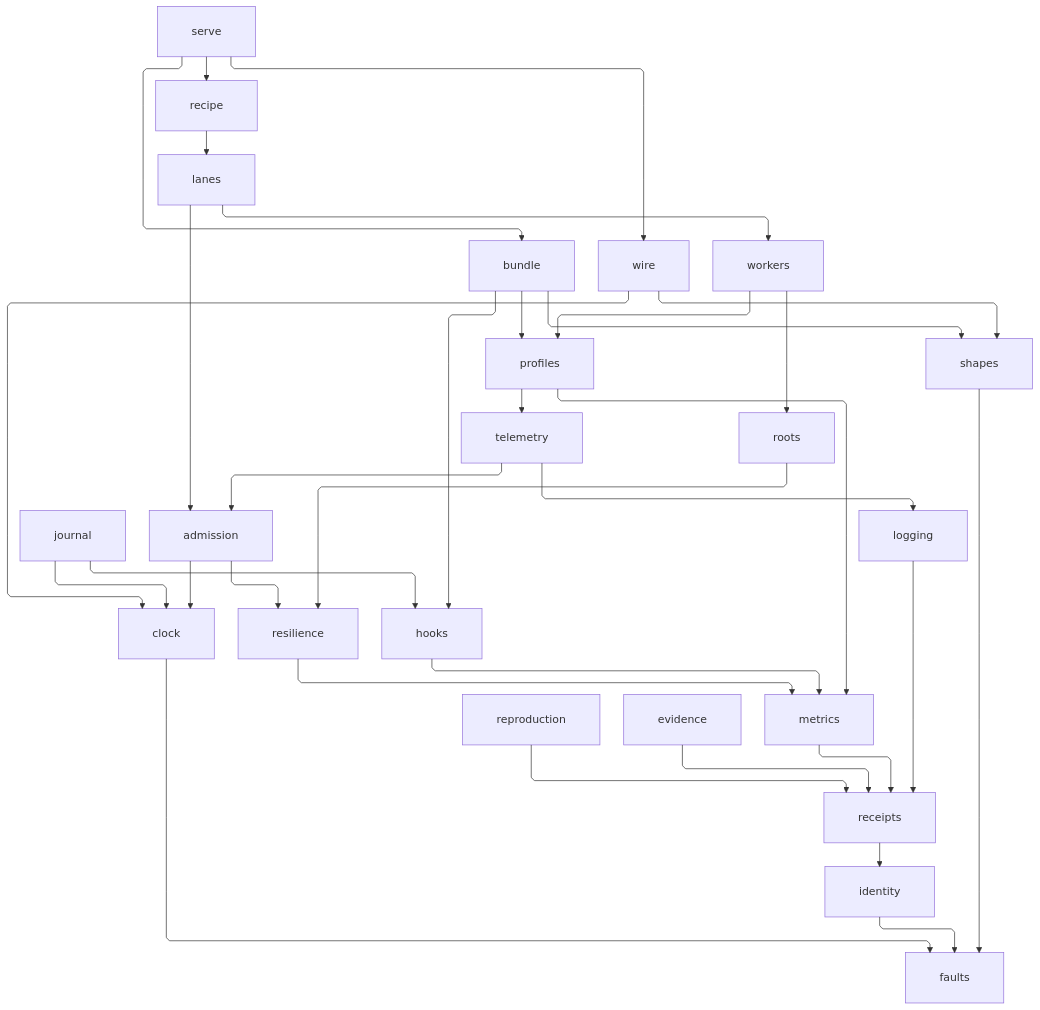
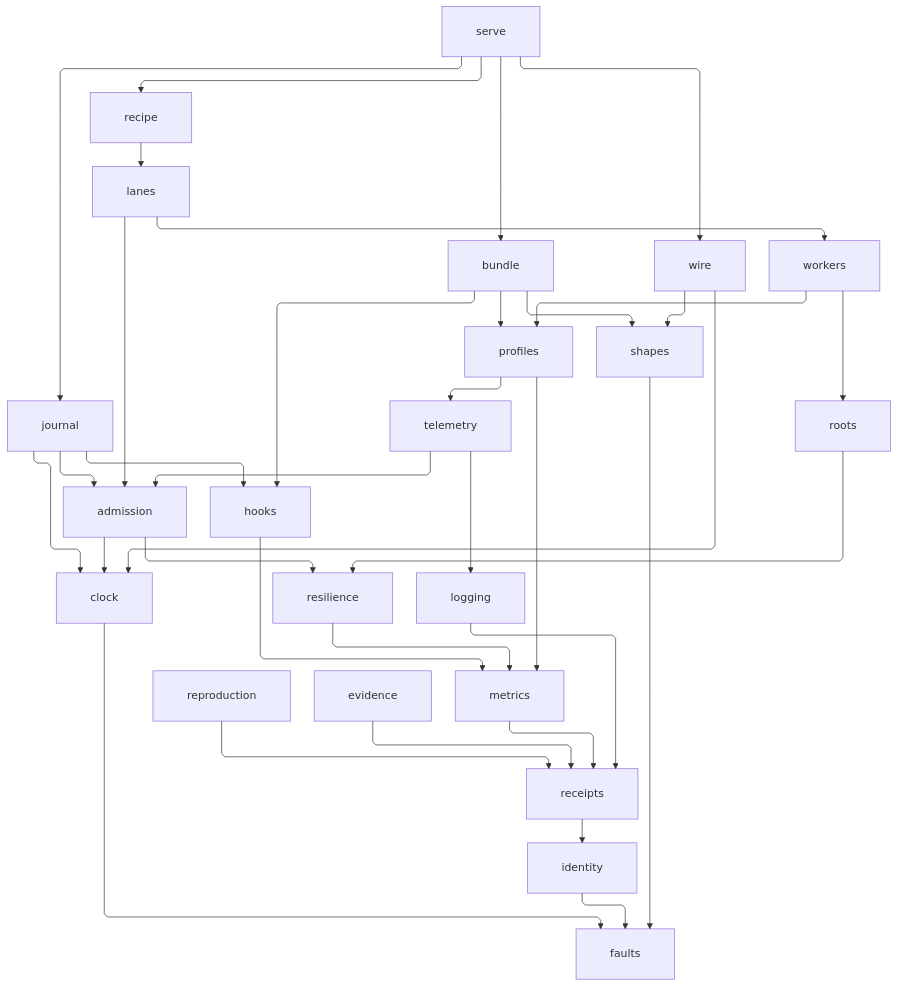
One commit to bsamiee/Rasm changed the first of 3 diagrams in libs/python/runtime/ARCHITECTURE.md. Above: the diagram before and after it, drawn with Mermaid. The commit also changed other lines of this file and 108 other files, not shown here.

Commit message:
Land the coldpass doc-set deltas across README, ARCHITECTURE, RULINGS, IDEAS, and TASKLOG files

````diff
--- a/libs/python/runtime/ARCHITECTURE.md
+++ b/libs/python/runtime/ARCHITECTURE.md
@@ -43,66 +43,68 @@
 ```mermaid
 ---
 config:
   layout: elk
   flowchart:
     curve: linear
     padding: 25
 ---
 flowchart TB
     accTitle: Runtime interior import rail
     accDescr: Transitive-reduced module import rail from serve down through the execution and install strata onto the faults root.
     Serve[serve]
     Bundle[bundle]
     Journal[journal]
     Profiles[profiles]
     Recipe[recipe]
     Telemetry[telemetry]
     Wire[wire]
     Lanes[lanes]
     Roots[roots]
     Admission[admission]
     Workers[workers]
     Shapes[shapes]
     Clock[clock]
     Resilience[resilience]
     Reproduction[reproduction]
     Evidence[evidence]
     Hooks[hooks]
     Metrics[metrics]
     Logging[logging]
     Receipts[receipts]
     Identity[identity]
     Faults[faults]
     Serve r1@--> Recipe
     Serve r2@--> Bundle
     Serve r3@--> Wire
     Bundle r28@--> Profiles
     Bundle r29@--> Hooks
     Bundle r30@--> Shapes
     Journal r32@--> Hooks
     Journal r33@--> Clock
+    Serve r34@--> Journal
+    Journal r35@--> Admission
     Workers r31@--> Profiles
     Profiles r23@--> Telemetry
     Profiles r24@--> Metrics
     Recipe r4@--> Lanes
     Workers r5@--> Roots
     Telemetry r6@--> Admission
     Telemetry r25@--> Logging
     Lanes r7@--> Admission
     Lanes r8@--> Workers
     Wire r9@--> Clock
     Wire r10@--> Shapes
     Admission r11@--> Clock
     Admission r12@--> Resilience
     Roots r14@--> Resilience
     Resilience r15@--> Metrics
     Hooks r26@--> Metrics
     Metrics r16@--> Receipts
     Logging r27@--> Receipts
     Reproduction r17@--> Receipts
     Evidence r18@--> Receipts
     Receipts r19@--> Identity
     Identity r20@--> Faults
     Shapes r21@--> Faults
     Clock r22@--> Faults
 ```
````
